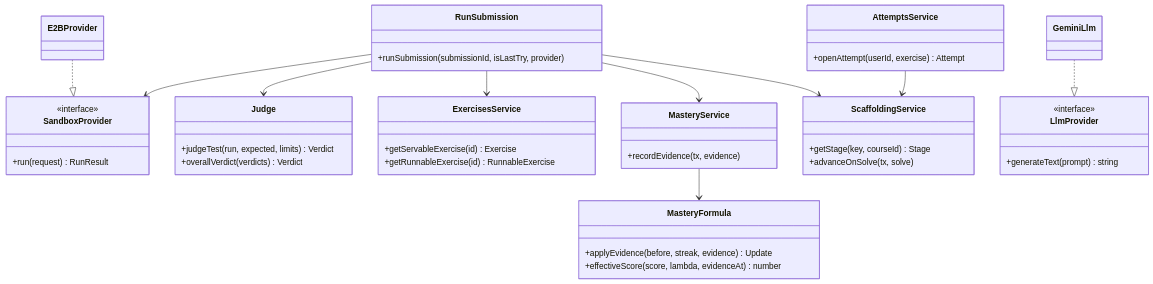
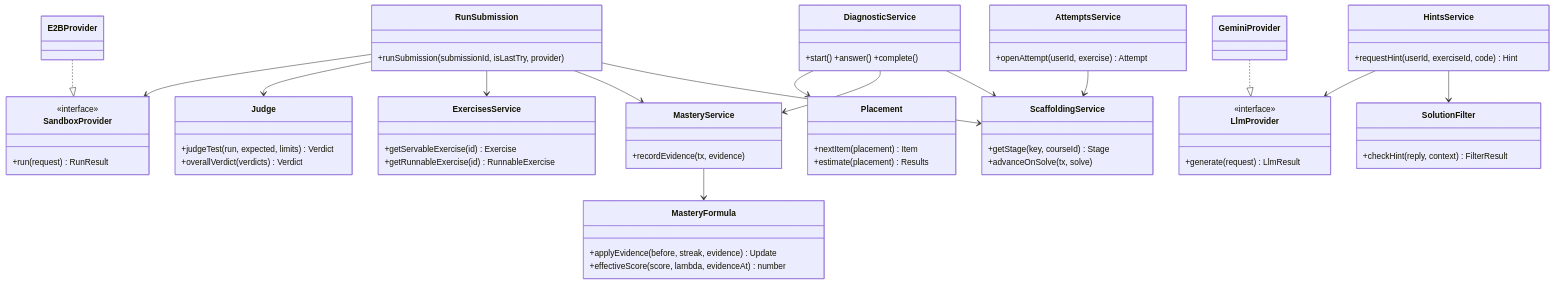
Diagram 11 of 19 in DOCS/phase-3/MP3-Draft-Report.md (Nidanos/ai-tutor-platform), drawn with Mermaid before and after one commit. The commit also changed other lines of this file and 1 other file, not shown here.

````diff
--- a/DOCS/phase-3/MP3-Draft-Report.md
+++ b/DOCS/phase-3/MP3-Draft-Report.md
@@ -627,48 +688,66 @@
 ```mermaid
 classDiagram
   direction TB
   class SandboxProvider {
     <<interface>>
     +run(request) RunResult
   }
   class E2BProvider
   class Judge {
     +judgeTest(run, expected, limits) Verdict
     +overallVerdict(verdicts) Verdict
   }
   class RunSubmission {
     +runSubmission(submissionId, isLastTry, provider)
   }
   class ExercisesService {
     +getServableExercise(id) Exercise
     +getRunnableExercise(id) RunnableExercise
   }
   class AttemptsService {
     +openAttempt(userId, exercise) Attempt
   }
   class MasteryService {
     +recordEvidence(tx, evidence)
   }
   class MasteryFormula {
     +applyEvidence(before, streak, evidence) Update
     +effectiveScore(score, lambda, evidenceAt) number
   }
   class ScaffoldingService {
     +getStage(key, courseId) Stage
     +advanceOnSolve(tx, solve)
   }
   class LlmProvider {
     <<interface>>
-    +generateText(prompt) string
+    +generate(request) LlmResult
   }
-  class GeminiLlm
+  class GeminiProvider
+  class HintsService {
+    +requestHint(userId, exerciseId, code) Hint
+  }
+  class SolutionFilter {
+    +checkHint(reply, context) FilterResult
+  }
+  class DiagnosticService {
+    +start() +answer() +complete()
+  }
+  class Placement {
+    +nextItem(placement) Item
+    +estimate(placement) Results
+  }
   E2BProvider ..|> SandboxProvider
-  GeminiLlm ..|> LlmProvider
+  GeminiProvider ..|> LlmProvider
+  HintsService --> LlmProvider
+  HintsService --> SolutionFilter
+  DiagnosticService --> Placement
+  DiagnosticService --> MasteryService
+  DiagnosticService --> ScaffoldingService
   RunSubmission --> SandboxProvider
   RunSubmission --> Judge
   RunSubmission --> ExercisesService
   RunSubmission --> MasteryService
   RunSubmission --> ScaffoldingService
   MasteryService --> MasteryFormula
   AttemptsService --> ScaffoldingService
 ```
````
